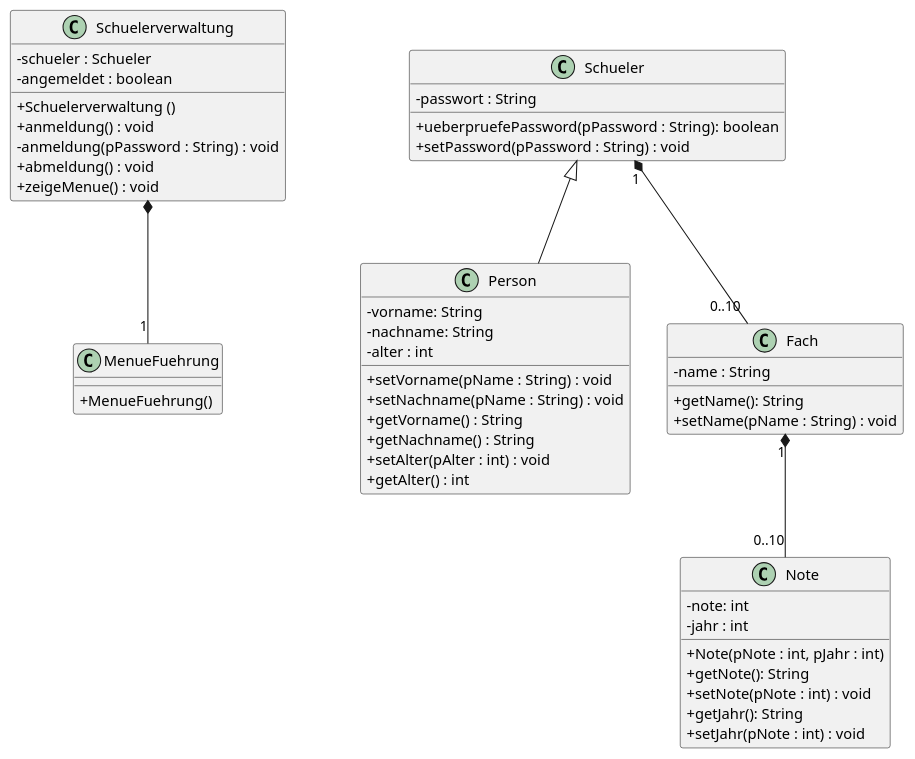
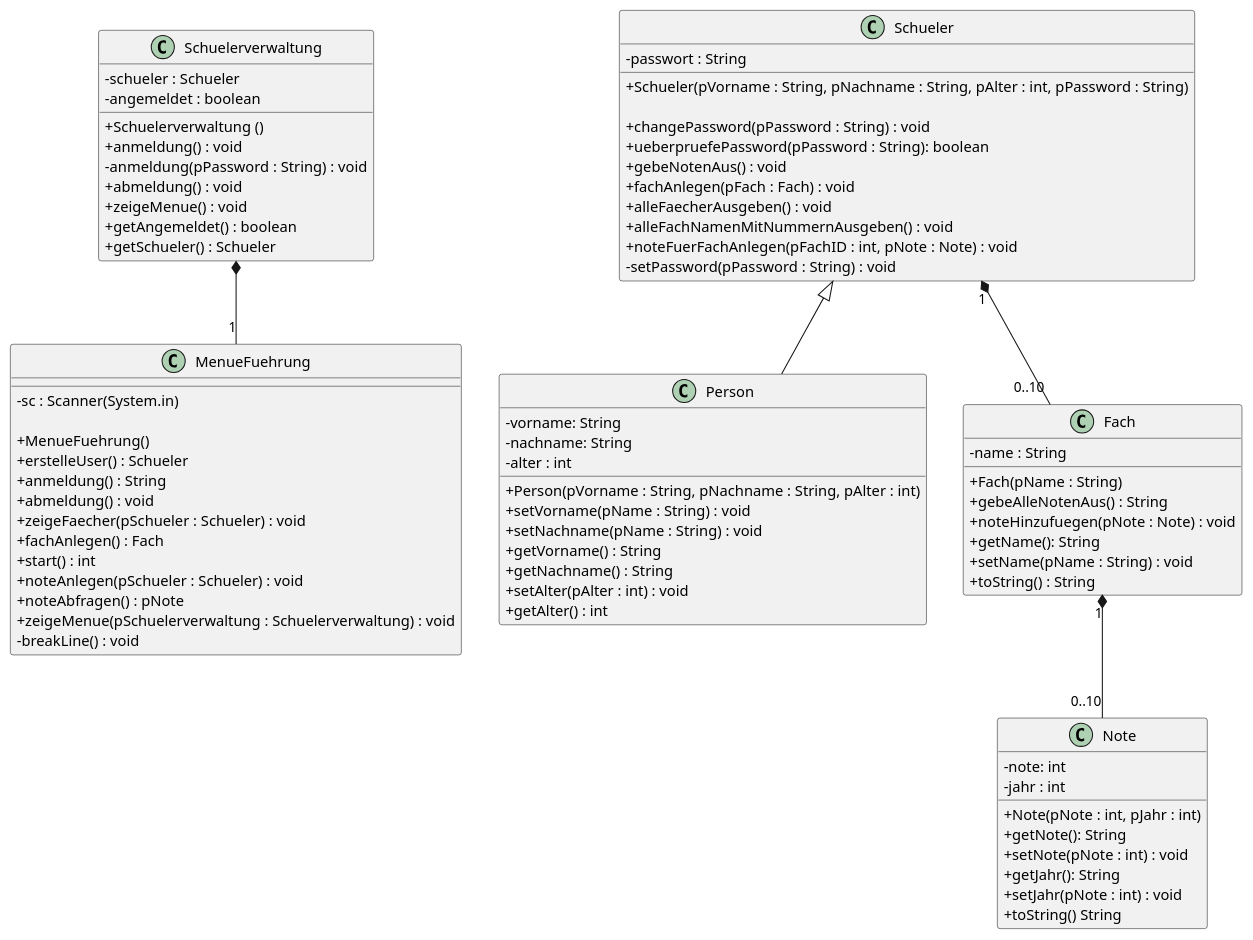
The diagram in Docs/Digramme/Klassendiagramm.iuml (teach404W/agileProjekt_2_Java), drawn with PlantUML before and after one commit. The commit also changed 2 other files, not shown here.

Commit message:
update class diagramm

```diff
--- a/Docs/Digramme/Klassendiagramm.iuml
+++ b/Docs/Digramme/Klassendiagramm.iuml
@@ -1,65 +1,94 @@
 @startuml
 skinparam classAttributeIconSize 0
 
 class Schuelerverwaltung{
  -schueler : Schueler
  -angemeldet : boolean
  + Schuelerverwaltung ()
  + anmeldung() : void
  - anmeldung(pPassword : String) : void
  + abmeldung() : void
  + zeigeMenue() : void
+ + getAngemeldet() : boolean
+ + getSchueler() : Schueler
 }
 
 
 
 class MenueFuehrung{
+ - sc : Scanner(System.in)
+
  +MenueFuehrung()
-}
+ +erstelleUser() : Schueler
+ + anmeldung() : String
+ + abmeldung() : void
+ + zeigeFaecher(pSchueler : Schueler) : void
+ + fachAnlegen() : Fach
+ + start() : int
+ + noteAnlegen(pSchueler : Schueler) : void
+ + noteAbfragen() : pNote
+ + zeigeMenue(pSchuelerverwaltung : Schuelerverwaltung) : void
+ - breakLine() : void
+ }
 
 class Person{
  -vorname: String
  -nachname: String
  -alter : int
+ + Person(pVorname : String, pNachname : String, pAlter : int)
  +setVorname(pName : String) : void
  +setNachname(pName : String) : void
  +getVorname() : String
  +getNachname() : String
  +setAlter(pAlter : int) : void
  +getAlter() : int
 }
 
 
 
 class Fach{
  -name : String
+ +Fach(pName : String)
+ +gebeAlleNotenAus() : String
+ +noteHinzufuegen(pNote : Note) : void
  +getName(): String
  +setName(pName : String) : void
+ +toString() : String
 }
 
 class Note{
  -note: int
  -jahr : int
  +Note(pNote : int, pJahr : int)
  +getNote(): String
  +setNote(pNote : int) : void
  +getJahr(): String
  +setJahr(pNote : int) : void
+ +toString() String
 }
 
 
 
 
 class Schueler{
   -passwort : String
+
+  +Schueler(pVorname : String, pNachname : String, pAlter : int, pPassword : String)
+  
+  +changePassword(pPassword : String) : void
   +ueberpruefePassword(pPassword : String): boolean
-  +setPassword(pPassword : String) : void
+  +gebeNotenAus() : void
+  + fachAnlegen(pFach : Fach) : void
+  +alleFaecherAusgeben() : void
+  +alleFachNamenMitNummernAusgeben() : void
+  +noteFuerFachAnlegen(pFachID : int, pNote : Note) : void
+  -setPassword(pPassword : String) : void
 }
 
 
 Fach "1" *-- "0..10" Note
 Schuelerverwaltung  *-- "1" MenueFuehrung
 Schueler "1" *-- "0..10" Fach
 Schueler <|-- Person
 
 @enduml
```
